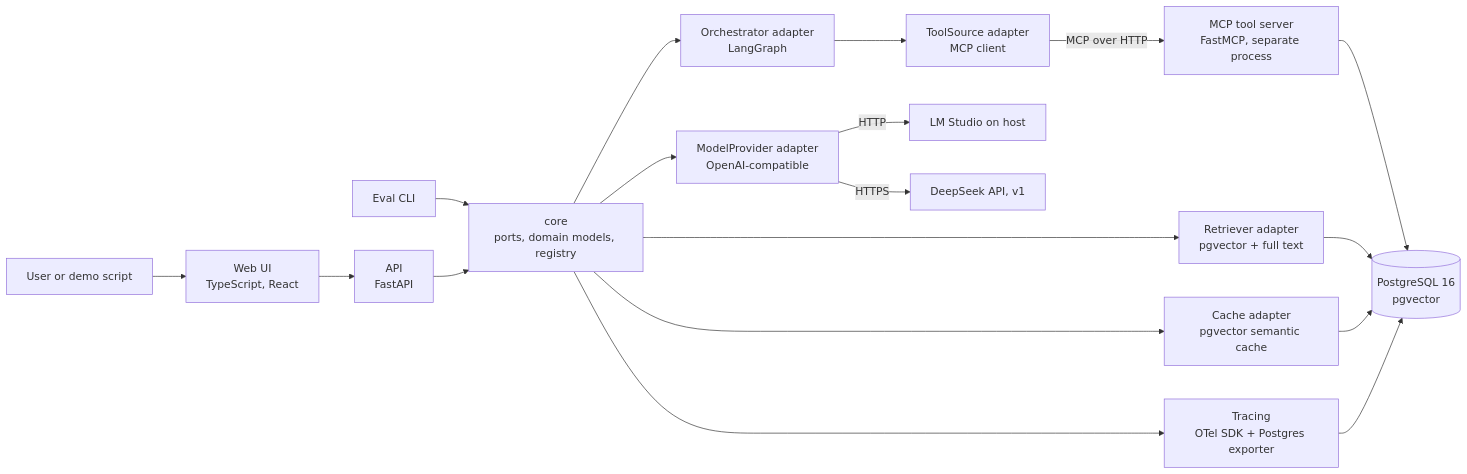
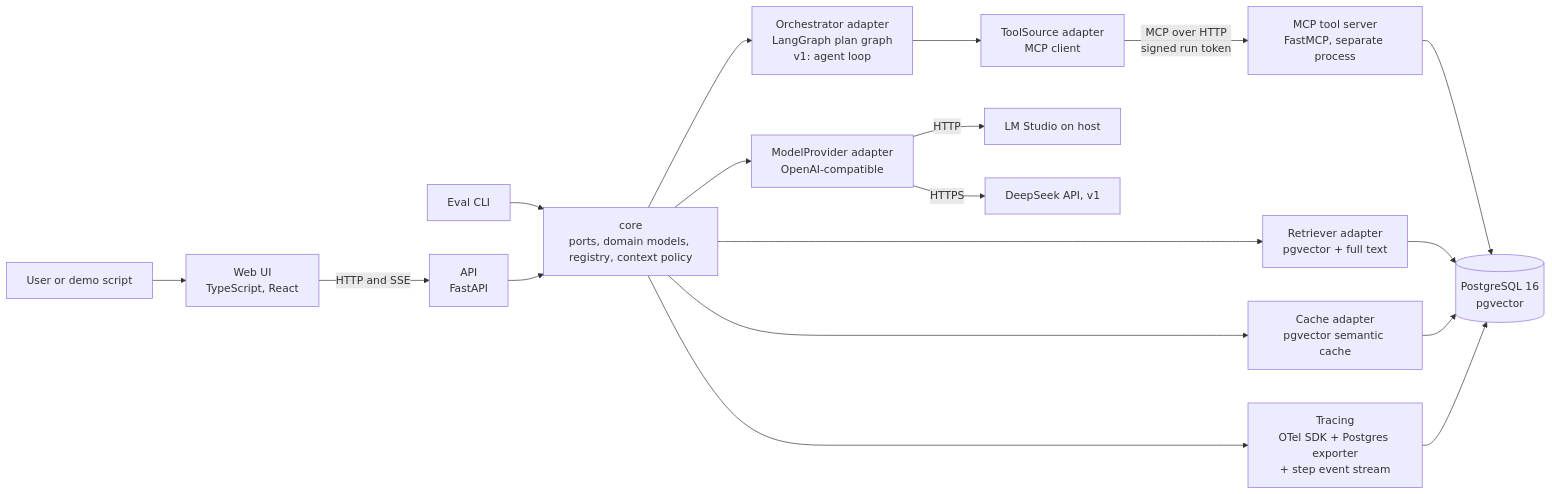
The first of 4 diagrams in docs/spec/design.md (z27833009/switchboard), drawn with Mermaid before and after one commit. The commit also changed other lines of this file and 17 other files, not shown here.

````diff
--- a/docs/spec/design.md
+++ b/docs/spec/design.md
@@ -9,20 +11,20 @@
 ```mermaid
 flowchart LR
   U[User or demo script] --> WEB[Web UI<br/>TypeScript, React]
-  WEB --> API[API<br/>FastAPI]
+  WEB -- HTTP and SSE --> API[API<br/>FastAPI]
   EV[Eval CLI] --> CORE
-  API --> CORE[core<br/>ports, domain models, registry]
-  CORE --> ORCH[Orchestrator adapter<br/>LangGraph]
+  API --> CORE[core<br/>ports, domain models, registry, context policy]
+  CORE --> ORCH[Orchestrator adapter<br/>LangGraph plan graph<br/>v1: agent loop]
   CORE --> PROV[ModelProvider adapter<br/>OpenAI-compatible]
   CORE --> RET[Retriever adapter<br/>pgvector + full text]
   CORE --> CACHE[Cache adapter<br/>pgvector semantic cache]
-  CORE --> TR[Tracing<br/>OTel SDK + Postgres exporter]
+  CORE --> TR[Tracing<br/>OTel SDK + Postgres exporter<br/>+ step event stream]
   ORCH --> TS[ToolSource adapter<br/>MCP client]
-  TS -- MCP over HTTP --> MCP[MCP tool server<br/>FastMCP, separate process]
+  TS -- MCP over HTTP<br/>signed run token --> MCP[MCP tool server<br/>FastMCP, separate process]
   PROV -- HTTP --> LM[LM Studio on host]
   PROV -- HTTPS --> DS[DeepSeek API, v1]
   MCP --> PG[(PostgreSQL 16<br/>pgvector)]
   RET --> PG
   CACHE --> PG
   TR --> PG
 ```
````
